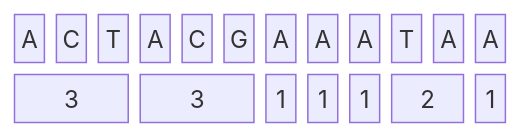
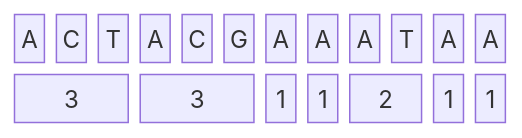
One commit to intervals-mining-lab/foapy changed the first of 2 diagrams in docs/fundamentals/ideas/interval_as_a_basic_information_unit.md. Above: the diagram before and after it, drawn with Mermaid. The commit also changed other lines of this file, not shown here.

````diff
--- a/docs/fundamentals/ideas/interval_as_a_basic_information_unit.md
+++ b/docs/fundamentals/ideas/interval_as_a_basic_information_unit.md
@@ -11,6 +11,6 @@
 ``` mermaid
 block-beta
   columns 12
   s1["A"] s2["C"] s3["T"] s4["A"] s5["C"] s6["G"] s7["A"] s8["A"] s9["A"] s10["T"] s11["A"] s12["A"]
-  i1["3"]:3 i2["3"]:3 i3["1"]:1 i4["1"]:1 i5["1"]:1 i6["2"]:2 i7["1"]:1
+  i1["3"]:3 i2["3"]:3 i3["1"]:1 i4["1"]:1 i5["2"]:2 i6["1"]:1 i7["1"]:1
 ```
````
